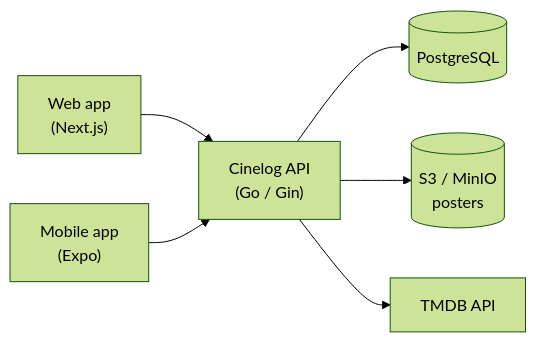
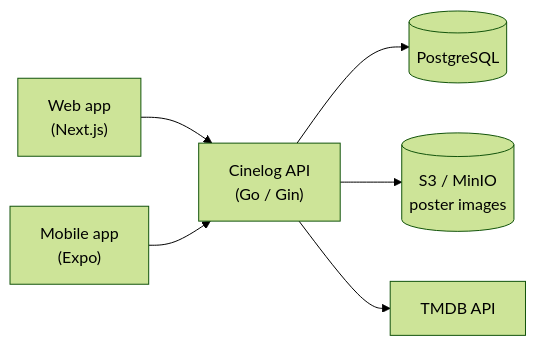
Before and after one commit to masaya-nishimura-09/movie-log-api: the first of 3 diagrams in README.md, drawn with Mermaid (forest theme). The commit also changed other lines of this file and 1 other file, not shown here.

Commit message:
docs: update README for clarity and accuracy, including architecture and feature descriptions

````diff
--- a/README.md
+++ b/README.md
@@ -24,8 +25,8 @@
 ```mermaid
 flowchart LR
     web["Web app<br/>(Next.js)"] --> api
     mobile["Mobile app<br/>(Expo)"] --> api
     api["Cinelog API<br/>(Go / Gin)"] --> db[("PostgreSQL")]
-    api --> storage[("S3 / MinIO<br/>posters")]
+    api --> storage[("S3 / MinIO<br/>poster images")]
     api --> tmdb["TMDB API"]
 ```
````
